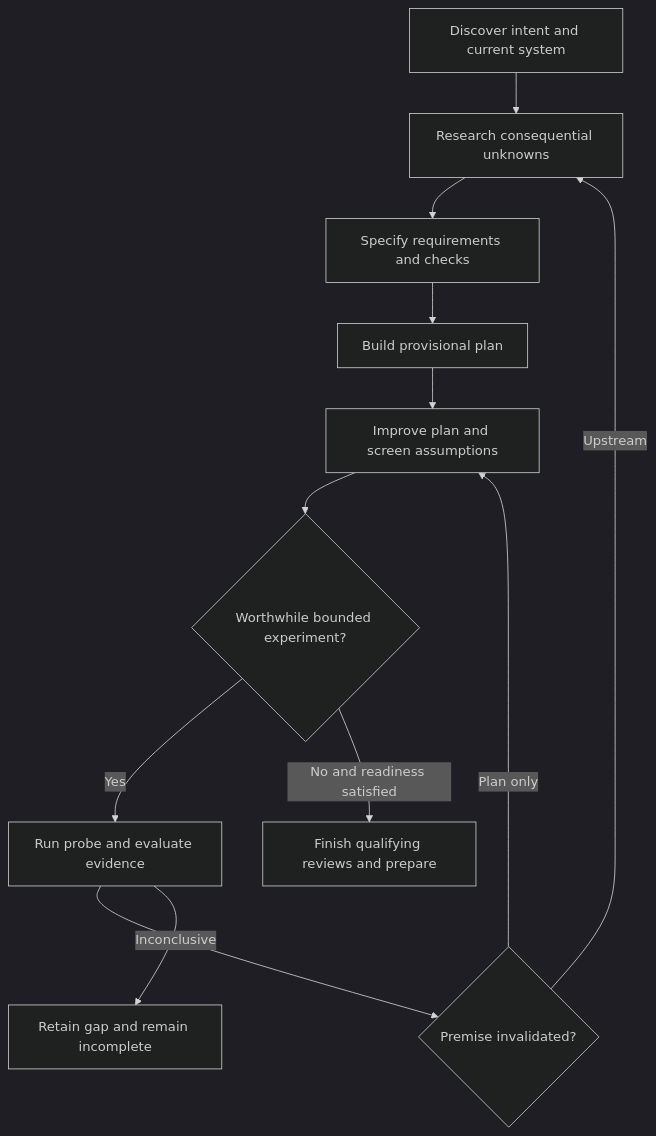
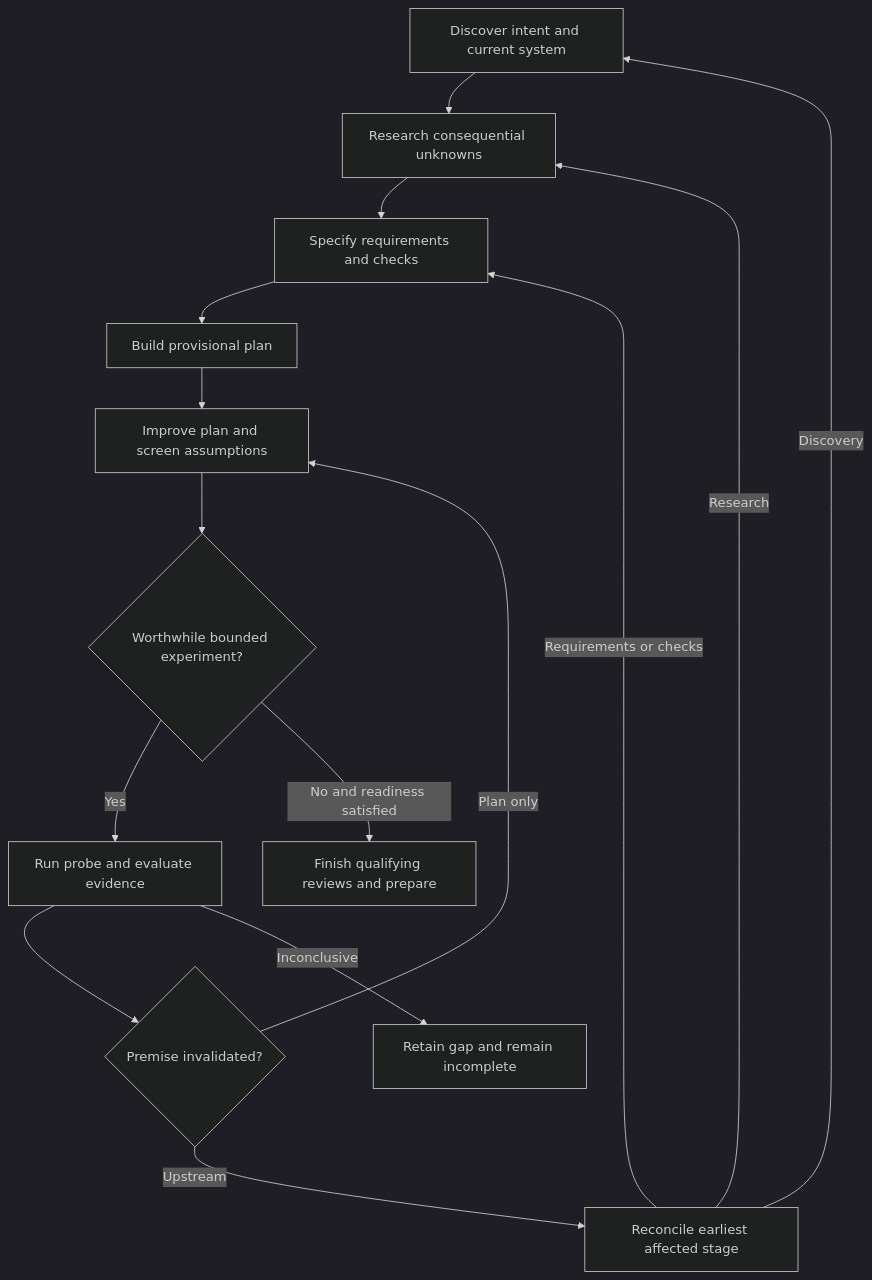
Before and after one commit to whichguy/skill-craft: the diagram in docs/shiploop-planning-intent-plan-2026-09-22.md, drawn with Mermaid (dark theme). The commit also changed 19 other files, not shown here.

````diff
--- a/docs/shiploop-planning-intent-plan-2026-09-22.md
+++ b/docs/shiploop-planning-intent-plan-2026-09-22.md
@@ -10,14 +10,17 @@
 ```mermaid
 flowchart TD
     D[Discover intent and current system] --> R[Research consequential unknowns]
     R --> S[Specify requirements and checks]
     S --> P[Build provisional plan]
     P --> I[Improve plan and screen assumptions]
     I --> E{Worthwhile bounded experiment?}
     E -->|Yes| X[Run probe and evaluate evidence]
     X --> C{Premise invalidated?}
     C -->|Plan only| I
-    C -->|Upstream| R
+    C -->|Upstream| T[Reconcile earliest affected stage]
+    T -->|Discovery| D
+    T -->|Research| R
+    T -->|Requirements or checks| S
     X -->|Inconclusive| U[Retain gap and remain incomplete]
     E -->|No and readiness satisfied| A[Finish qualifying reviews and prepare]
 ```
````
